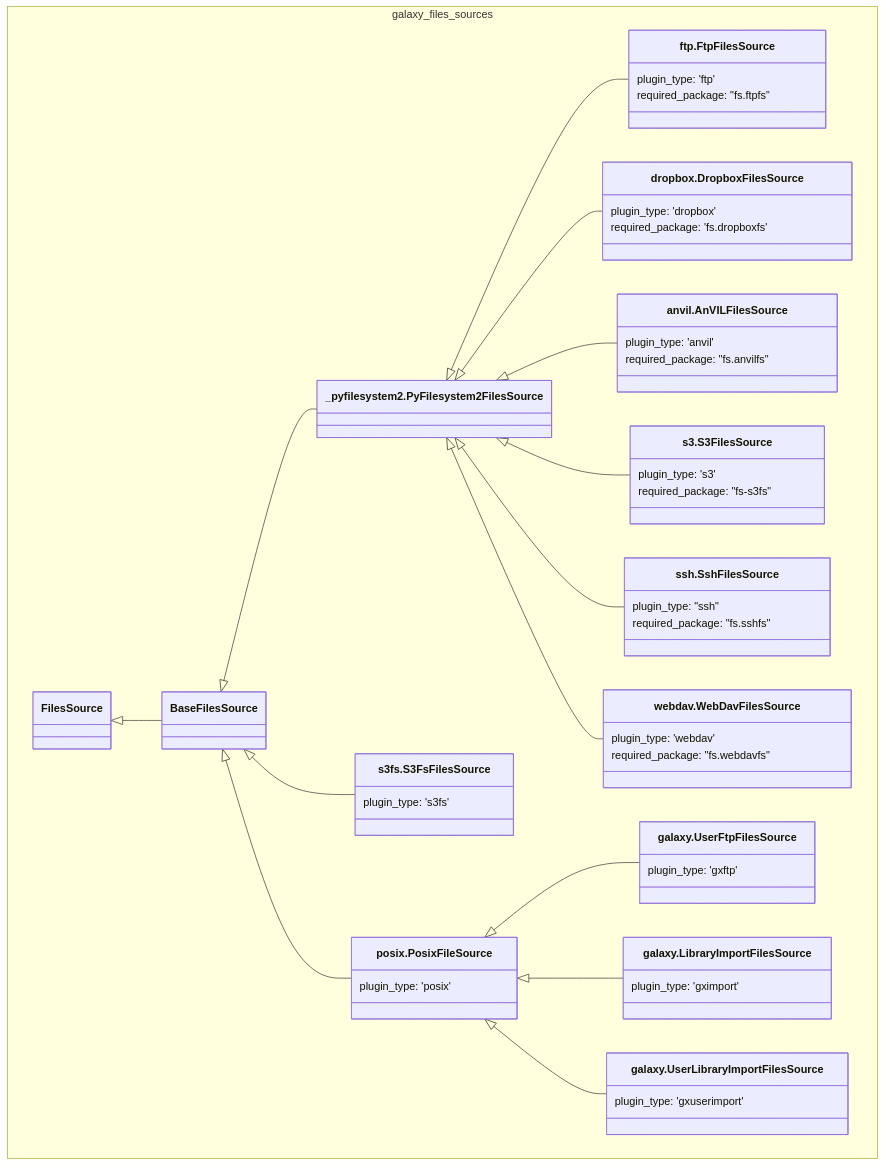
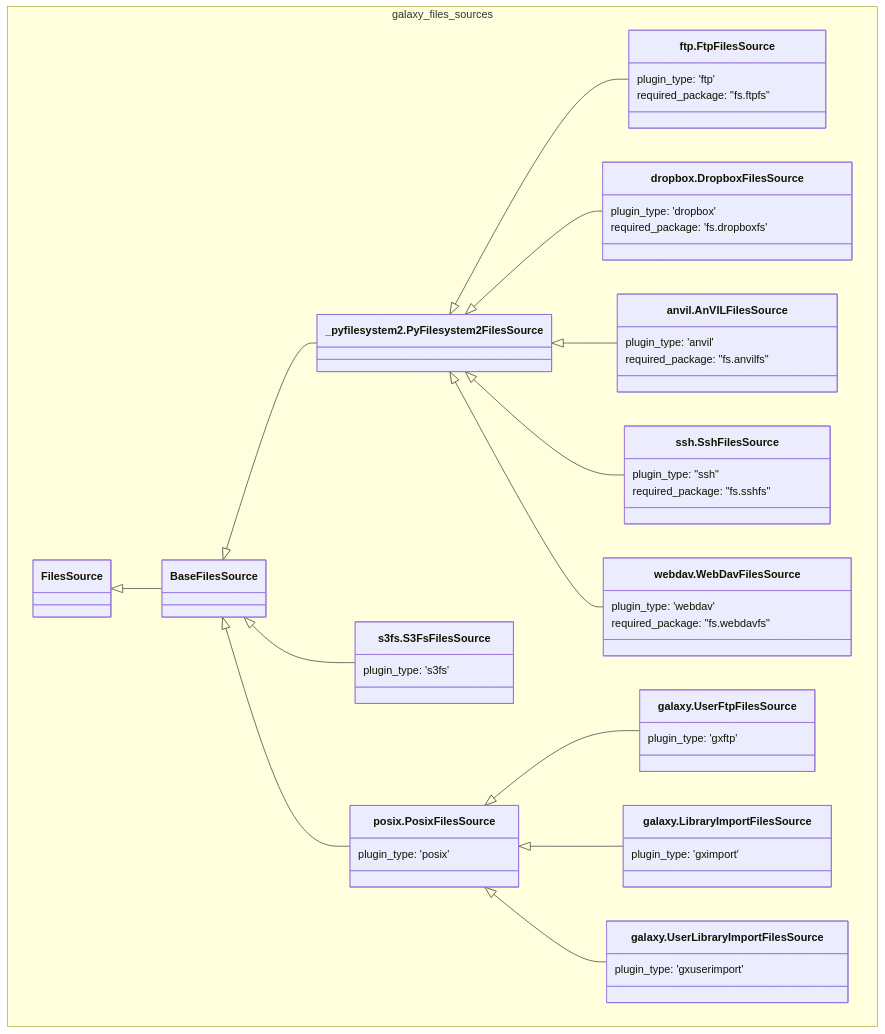
The diagram in images/core_file_sources.mmd (jmchilton/galaxy-architecture), drawn with Mermaid before and after one commit. The commit also changed 3 other files, not shown here.

First line of the commit message:
Fix stale Galaxy refs in 4 diagrams

```diff
--- a/images/core_file_sources.mmd
+++ b/images/core_file_sources.mmd
@@ -1,58 +1,53 @@
 classDiagram
     namespace galaxy_files_sources {
         class FilesSource
         class BaseFilesSource
-        class PosixFileSource["posix.PosixFileSource"] {
+        class PosixFilesSource["posix.PosixFilesSource"] {
             plugin_type: 'posix'
-        }
-        class S3FilesSource["s3.S3FilesSource"] {
-            plugin_type: 's3'
-            required_package: "fs-s3fs"
         }
         class PyFilesystem2FilesSource["_pyfilesystem2.PyFilesystem2FilesSource"]
         class FtpFilesSource["ftp.FtpFilesSource"] {
             plugin_type: 'ftp'
             required_package: "fs.ftpfs"
         }
         class DropboxFilesSource["dropbox.DropboxFilesSource"] {
             plugin_type: 'dropbox'
             required_package: 'fs.dropboxfs'
         }
         class AnVILFilesSource["anvil.AnVILFilesSource"] {
             plugin_type: 'anvil'
             required_package: "fs.anvilfs"
         }
         class UserFtpFilesSource["galaxy.UserFtpFilesSource"] {
             plugin_type: 'gxftp'
         }
         class LibraryImportFilesSource["galaxy.LibraryImportFilesSource"] {
             plugin_type: 'gximport'
         }
         class UserLibraryImportFilesSource["galaxy.UserLibraryImportFilesSource"] {
             plugin_type: 'gxuserimport'
         }
         class S3FsFilesSource["s3fs.S3FsFilesSource"] {
             plugin_type: 's3fs'
         }
         class SshFilesSource["ssh.SshFilesSource"] {
             plugin_type: "ssh"
             required_package: "fs.sshfs"
         }
         class WebDavFilesSource["webdav.WebDavFilesSource"] {
             plugin_type: 'webdav'
             required_package: "fs.webdavfs"
         }
     }
     FilesSource <|-- BaseFilesSource
-    BaseFilesSource <|-- PosixFileSource
+    BaseFilesSource <|-- PosixFilesSource
     BaseFilesSource <|-- S3FsFilesSource
     BaseFilesSource <|-- PyFilesystem2FilesSource
     PyFilesystem2FilesSource <|-- FtpFilesSource
     PyFilesystem2FilesSource <|-- DropboxFilesSource
     PyFilesystem2FilesSource <|-- AnVILFilesSource
-    PyFilesystem2FilesSource <|-- S3FilesSource
     PyFilesystem2FilesSource <|-- SshFilesSource
     PyFilesystem2FilesSource <|-- WebDavFilesSource
-    PosixFileSource <|-- UserFtpFilesSource
-    PosixFileSource <|-- LibraryImportFilesSource
-    PosixFileSource <|-- UserLibraryImportFilesSource
+    PosixFilesSource <|-- UserFtpFilesSource
+    PosixFilesSource <|-- LibraryImportFilesSource
+    PosixFilesSource <|-- UserLibraryImportFilesSource
```
